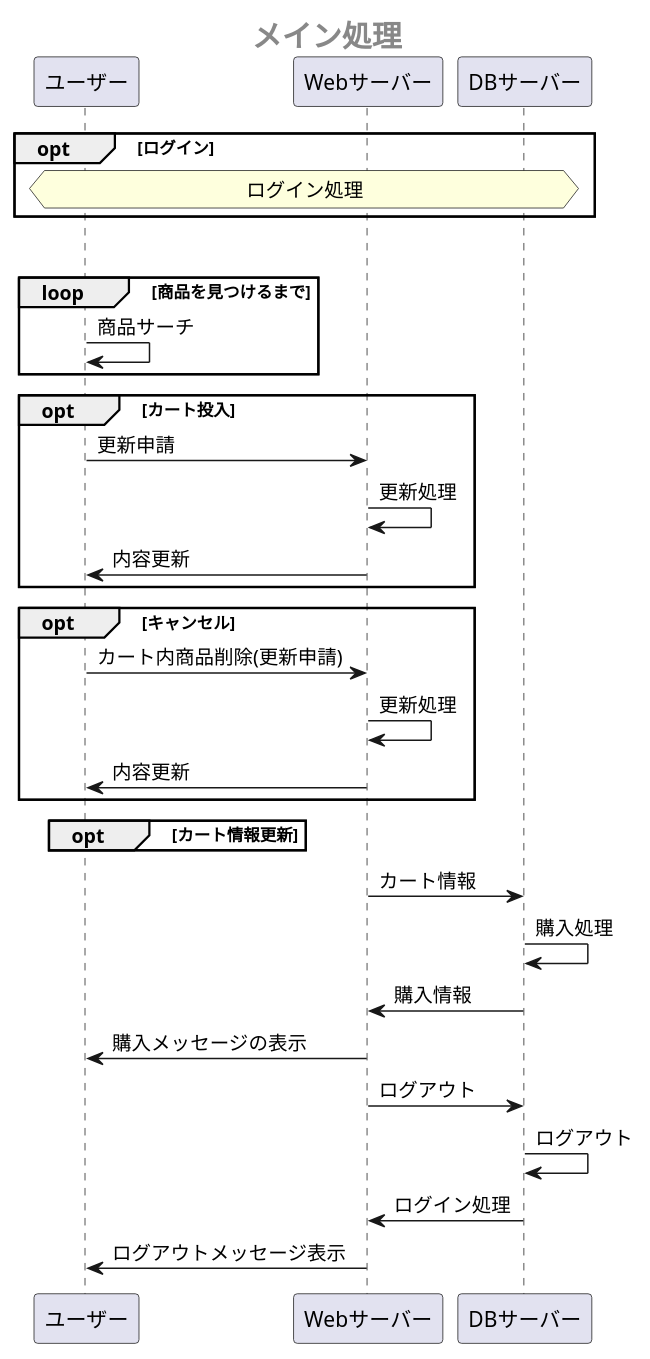
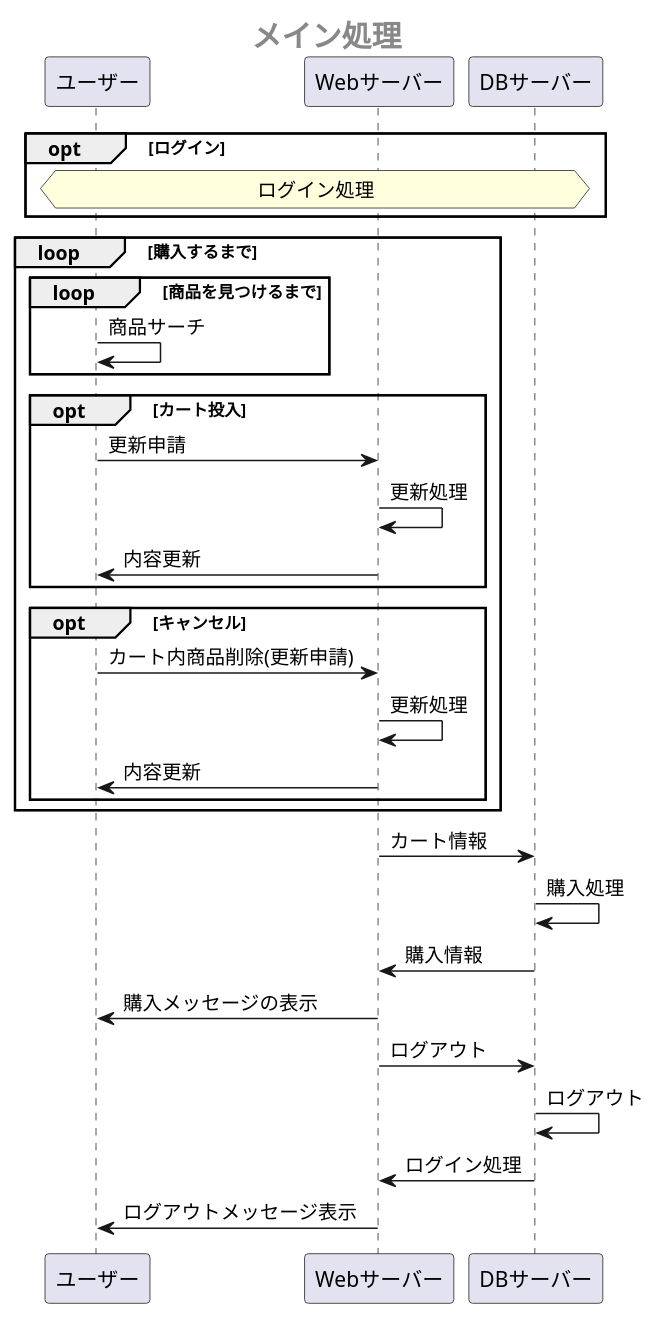
Before and after one commit to Aso2001385/2021sys-design: the first of 2 diagrams in sample/OperationFrow.md, drawn with PlantUML.

````diff
--- a/sample/OperationFrow.md
+++ b/sample/OperationFrow.md
@@ -1,42 +1,40 @@
 ```uml 
 @startuml 
 center header <size:20><b>メイン処理</b></size>
 
 opt ログイン
  hnote across: ログイン処理
 end
 
 loop 購入するまで
  loop 商品を見つけるまで
   ユーザー -> ユーザー:商品サーチ
  end
  
  opt カート投入
   ユーザー -> Webサーバー:更新申請
   Webサーバー -> Webサーバー:更新処理
   Webサーバー ->ユーザー:内容更新
  end
  opt キャンセル
   ユーザー -> Webサーバー:カート内商品削除(更新申請)
   Webサーバー -> Webサーバー:更新処理
   Webサーバー ->ユーザー:内容更新
  end
 
- opt カート情報更新
-     
- end
+end
   
 Webサーバー -> DBサーバー:カート情報
 DBサーバー -> DBサーバー:購入処理
 DBサーバー -> Webサーバー:購入情報
 Webサーバー ->ユーザー:購入メッセージの表示
 
  
 
 Webサーバー -> DBサーバー:ログアウト
 DBサーバー -> DBサーバー:ログアウト
 DBサーバー -> Webサーバー:ログイン処理
 Webサーバー ->ユーザー:ログアウトメッセージ表示
 
 @enduml
 ```
````
